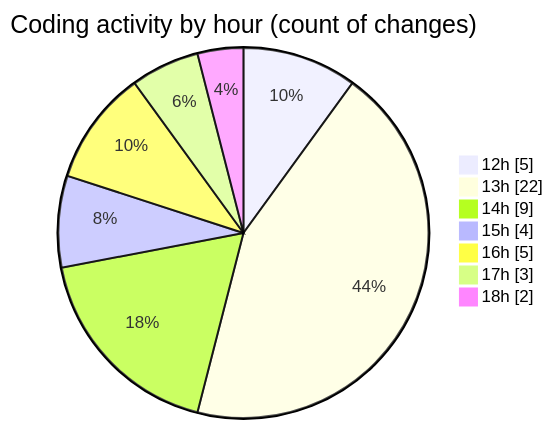
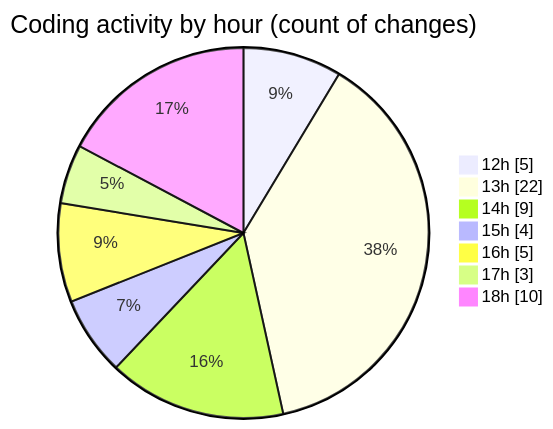
One commit to MatusMokan/code-tracking changed the second of 2 diagrams in 2025-04-19/myws__workspace_/README.md. Above: the diagram before and after it, drawn with Mermaid. The commit also changed other lines of this file and 1 other file, not shown here.

````diff
--- a/2025-04-19/myws__workspace_/README.md
+++ b/2025-04-19/myws__workspace_/README.md
@@ -31,11 +31,11 @@
 ```mermaid
 pie showData
 title Coding activity by hour (count of changes)
 "12h" : 5
 "13h" : 22
 "14h" : 9
 "15h" : 4
 "16h" : 5
 "17h" : 3
-"18h" : 2
+"18h" : 10
 ```
````
